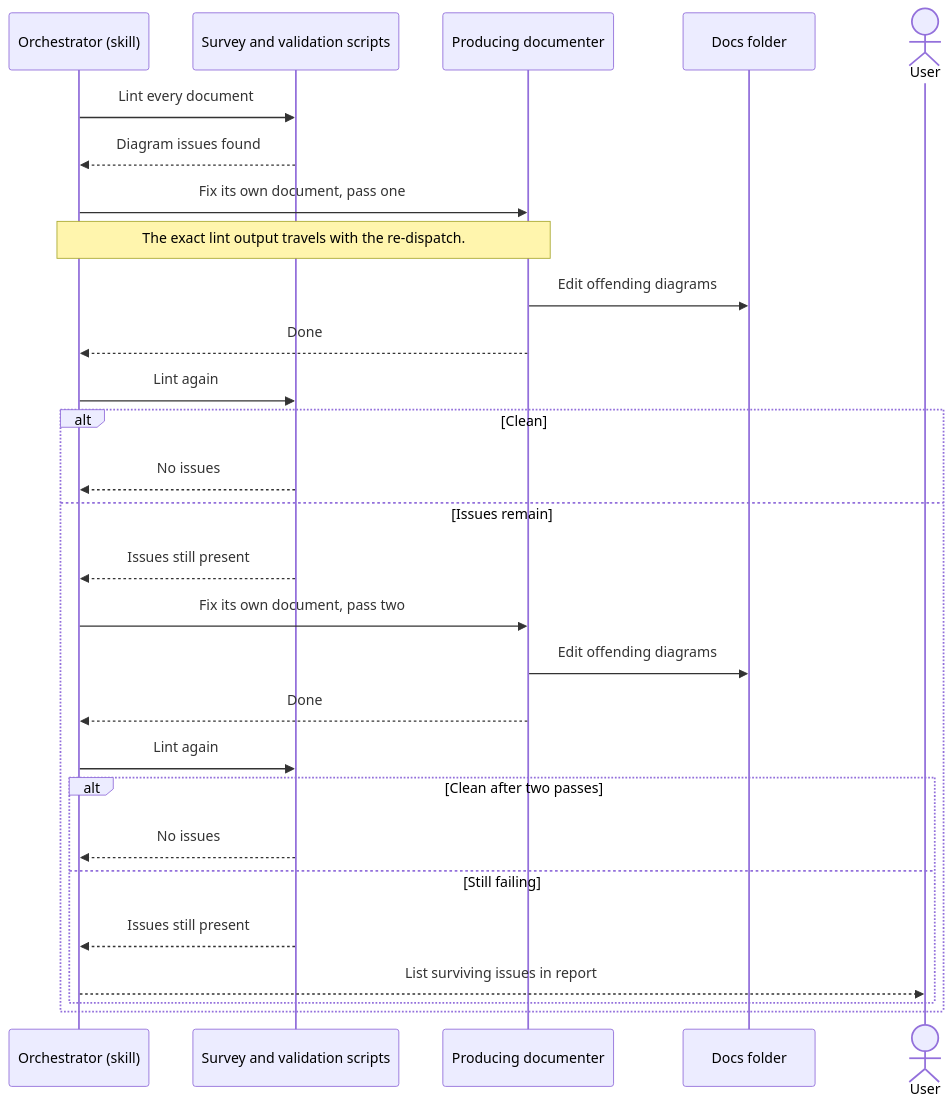
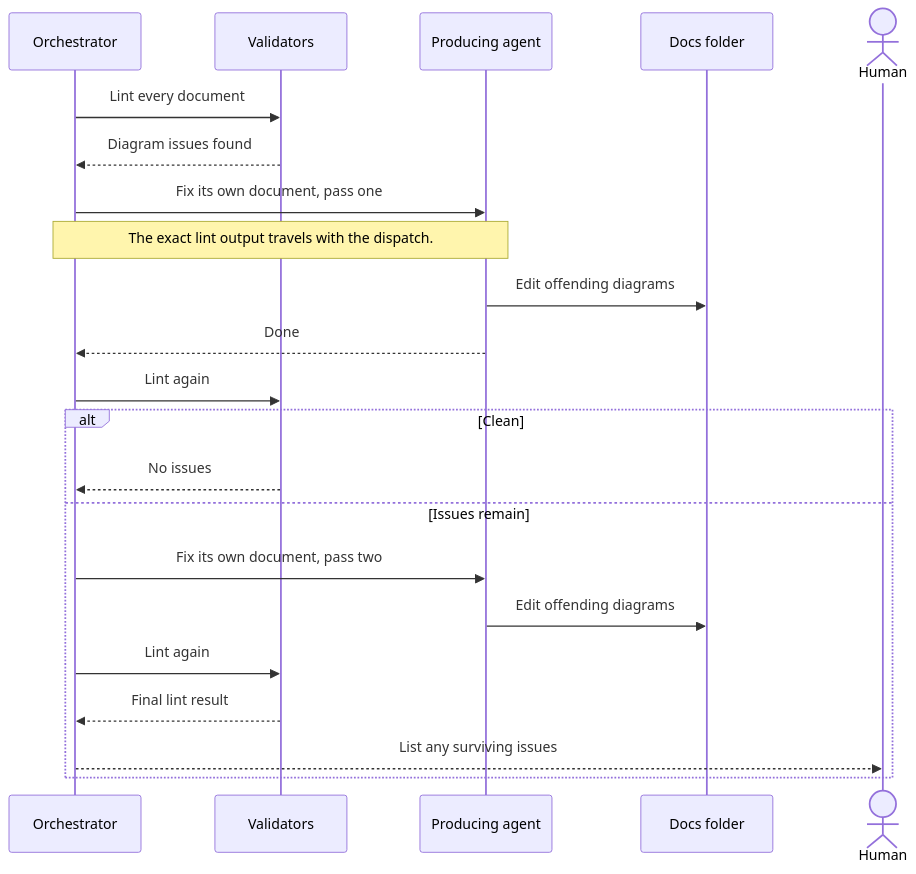
The ninth of 16 diagrams in docs/architecture/arch-docs-tools.md (peterlit/quiller-claude-plugins), drawn with Mermaid before and after one commit. The commit also changed other lines of this file and 5 other files, not shown here.

````diff
--- a/docs/architecture/arch-docs-tools.md
+++ b/docs/architecture/arch-docs-tools.md
@@ -430,31 +774,25 @@
 ```mermaid
 sequenceDiagram
-  participant Orch as Orchestrator (skill)
-  participant Scripts as Survey and validation scripts
-  participant Agent as Producing documenter
+  participant Orch as Orchestrator
+  participant Val as Validators
+  participant Agent as Producing agent
   participant Docs as Docs folder
-  actor User
+  actor Human
 
-  Orch->>Scripts: Lint every document
-  Scripts-->>Orch: Diagram issues found
+  Orch->>Val: Lint every document
+  Val-->>Orch: Diagram issues found
   Orch->>Agent: Fix its own document, pass one
-  Note over Orch,Agent: The exact lint output travels with the re-dispatch.
+  Note over Orch,Agent: The exact lint output travels with the dispatch.
   Agent->>Docs: Edit offending diagrams
   Agent-->>Orch: Done
-  Orch->>Scripts: Lint again
+  Orch->>Val: Lint again
   alt Clean
-    Scripts-->>Orch: No issues
+    Val-->>Orch: No issues
   else Issues remain
-    Scripts-->>Orch: Issues still present
     Orch->>Agent: Fix its own document, pass two
     Agent->>Docs: Edit offending diagrams
-    Agent-->>Orch: Done
-    Orch->>Scripts: Lint again
-    alt Clean after two passes
-      Scripts-->>Orch: No issues
-    else Still failing
-      Scripts-->>Orch: Issues still present
-      Orch-->>User: List surviving issues in report
-    end
+    Orch->>Val: Lint again
+    Val-->>Orch: Final lint result
+    Orch-->>Human: List any surviving issues
   end
 ```
````
